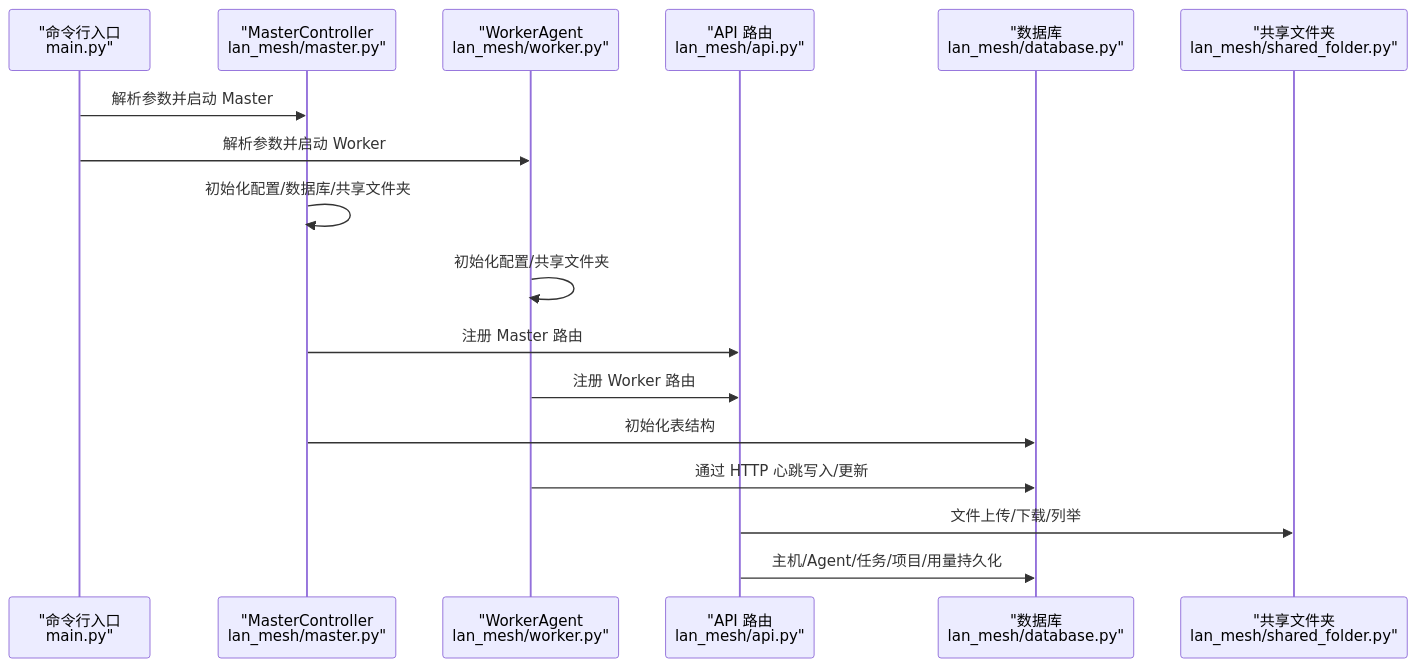
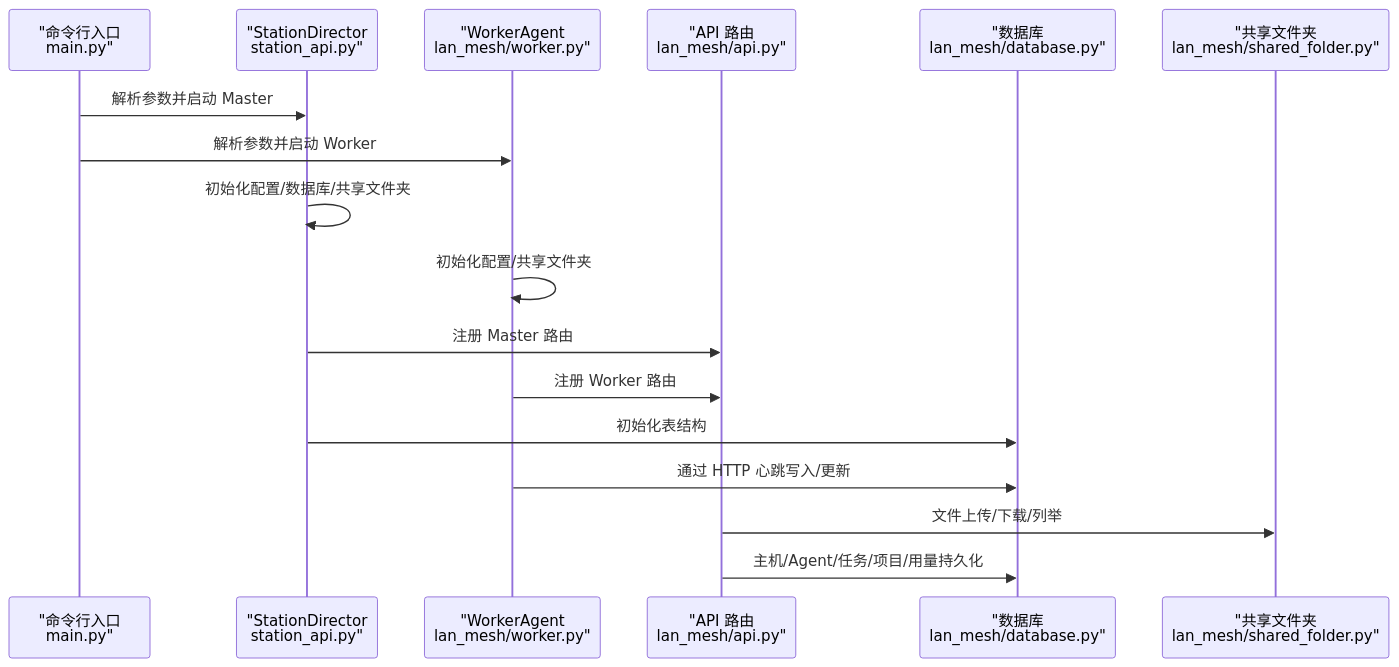
One commit to targalian/Personal-distributed-workstation changed the second of 7 diagrams in .qoder/repowiki/zh/content/API 参考手册/API 测试工具.md. Above: the diagram before and after it, drawn with Mermaid. The commit also changed other lines of this file and 63 other files, not shown here.

Commit message:
docs(station): 同步 repo wiki 至 station_controller/station_api 架构

````diff
--- a/.qoder/repowiki/zh/content/API 参考手册/API 测试工具.md
+++ b/.qoder/repowiki/zh/content/API 参考手册/API 测试工具.md
@@ -121,19 +121,19 @@
 ```mermaid
 sequenceDiagram
 participant CLI as "命令行入口<br/>main.py"
-participant MC as "MasterController<br/>lan_mesh/master.py"
+participant MC as "StationDirector<br/>station_api.py"
 participant WC as "WorkerAgent<br/>lan_mesh/worker.py"
 participant API as "API 路由<br/>lan_mesh/api.py"
 participant DB as "数据库<br/>lan_mesh/database.py"
 participant SF as "共享文件夹<br/>lan_mesh/shared_folder.py"
 CLI->>MC : 解析参数并启动 Master
 CLI->>WC : 解析参数并启动 Worker
 MC->>MC : 初始化配置/数据库/共享文件夹
 WC->>WC : 初始化配置/共享文件夹
 MC->>API : 注册 Master 路由
 WC->>API : 注册 Worker 路由
 MC->>DB : 初始化表结构
 WC->>DB : 通过 HTTP 心跳写入/更新
 API->>SF : 文件上传/下载/列举
 API->>DB : 主机/Agent/任务/项目/用量持久化
 ```
````
